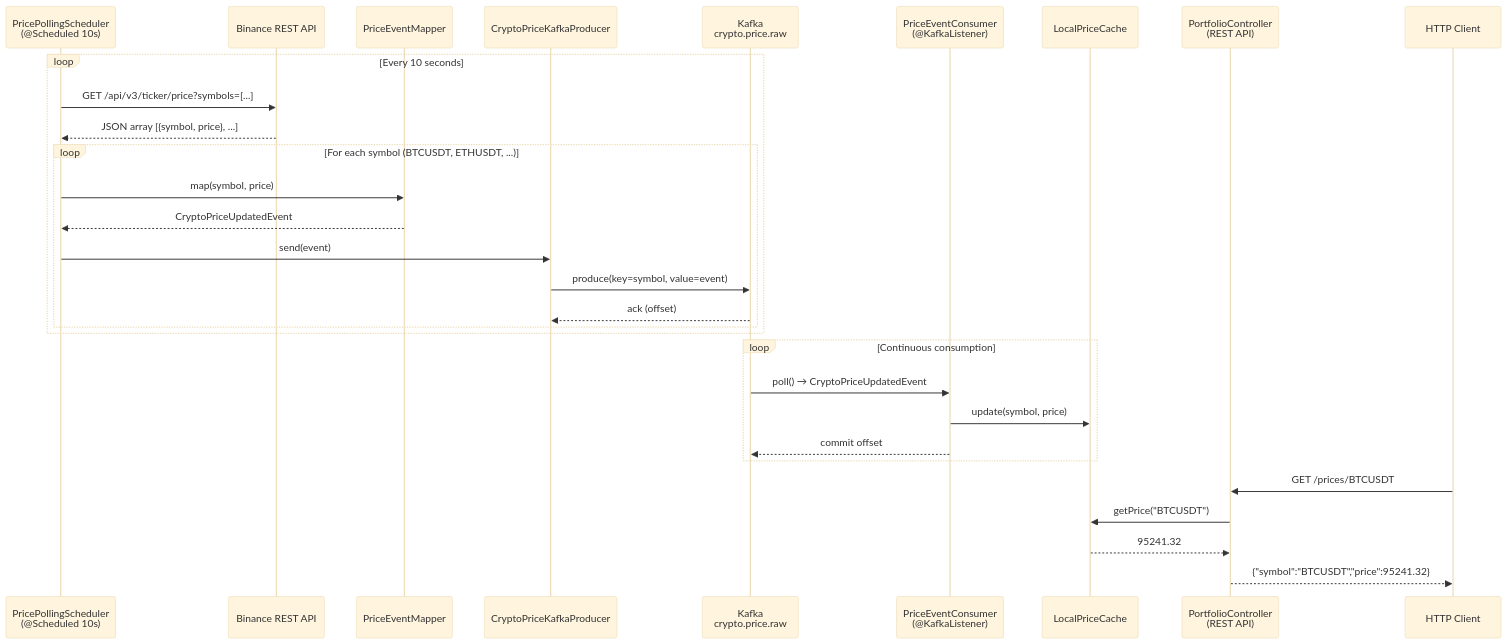
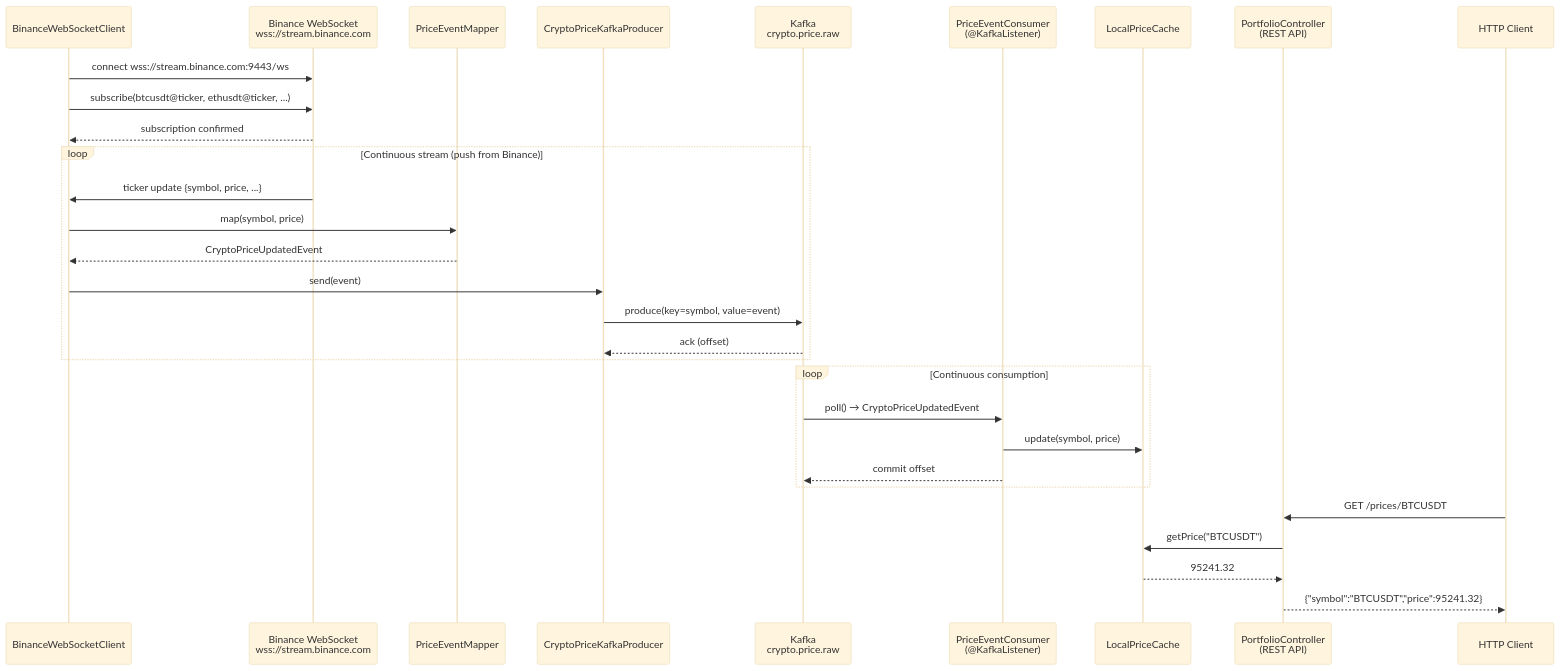
The first of 3 diagrams in docs/diagrams/sequence-event-flow.md (cyrilgabriele/EDPO-Project-FS26), drawn with Mermaid (base theme) before and after one commit. The commit also changed other lines of this file and 20 other files, not shown here.

Commit message:
roll back binance polling to streaming

````diff
--- a/docs/diagrams/sequence-event-flow.md
+++ b/docs/diagrams/sequence-event-flow.md
@@ -5,36 +5,36 @@
 ```mermaid
 sequenceDiagram
-    participant Scheduler as PricePollingScheduler<br/>(@Scheduled 10s)
-    participant Binance as Binance REST API
+    participant WSClient as BinanceWebSocketClient
+    participant Binance as Binance WebSocket<br/>wss://stream.binance.com
     participant Mapper as PriceEventMapper
     participant Producer as CryptoPriceKafkaProducer
     participant Kafka as Kafka<br/>crypto.price.raw
     participant Consumer as PriceEventConsumer<br/>(@KafkaListener)
     participant Cache as LocalPriceCache
     participant REST as PortfolioController<br/>(REST API)
     participant Client as HTTP Client
 
-    loop Every 10 seconds
-        Scheduler->>Binance: GET /api/v3/ticker/price?symbols=[...]
-        Binance-->>Scheduler: JSON array [{symbol, price}, ...]
+    WSClient->>Binance: connect wss://stream.binance.com:9443/ws
+    WSClient->>Binance: subscribe(btcusdt@ticker, ethusdt@ticker, ...)
+    Binance-->>WSClient: subscription confirmed
 
-        loop For each symbol (BTCUSDT, ETHUSDT, ...)
-            Scheduler->>Mapper: map(symbol, price)
-            Mapper-->>Scheduler: CryptoPriceUpdatedEvent
-            Scheduler->>Producer: send(event)
-            Producer->>Kafka: produce(key=symbol, value=event)
-            Kafka-->>Producer: ack (offset)
-        end
+    loop Continuous stream (push from Binance)
+        Binance->>WSClient: ticker update {symbol, price, ...}
+        WSClient->>Mapper: map(symbol, price)
+        Mapper-->>WSClient: CryptoPriceUpdatedEvent
+        WSClient->>Producer: send(event)
+        Producer->>Kafka: produce(key=symbol, value=event)
+        Kafka-->>Producer: ack (offset)
     end
 
     loop Continuous consumption
         Kafka->>Consumer: poll() → CryptoPriceUpdatedEvent
         Consumer->>Cache: update(symbol, price)
         Consumer-->>Kafka: commit offset
     end
 
     Client->>REST: GET /prices/BTCUSDT
     REST->>Cache: getPrice("BTCUSDT")
     Cache-->>REST: 95241.32
     REST-->>Client: {"symbol":"BTCUSDT","price":95241.32}
 ```
````
